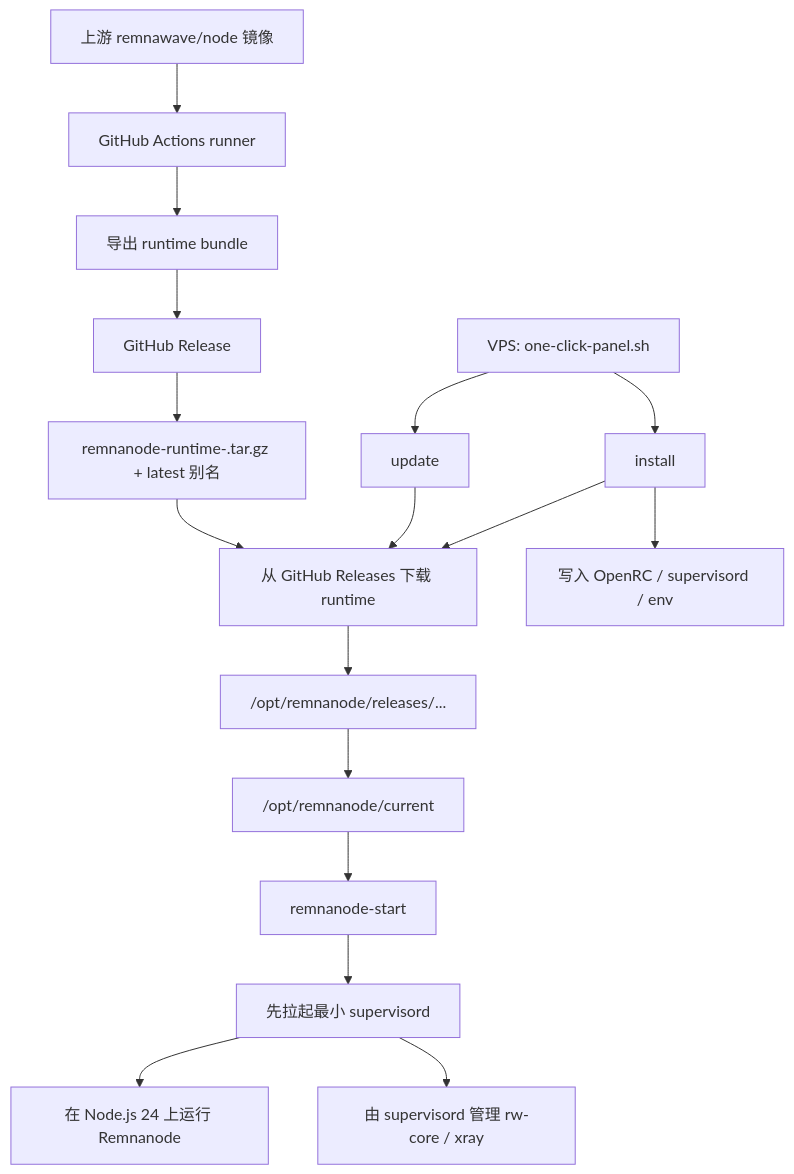
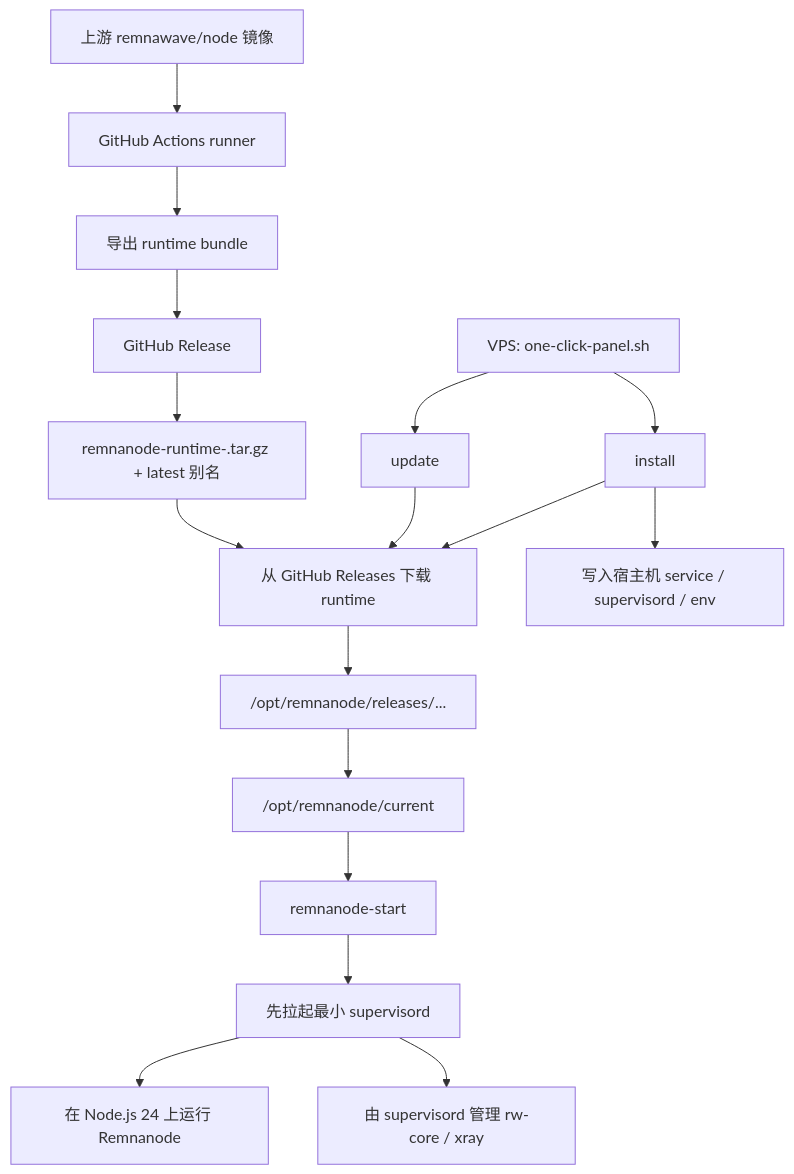
One commit to x-socks/remnanode-lite changed the diagram in README.zh-CN.md. Above: the diagram before and after it, drawn with Mermaid. The commit also changed other lines of this file and 11 other files, not shown here.

````diff
--- a/README.zh-CN.md
+++ b/README.zh-CN.md
@@ -9,23 +9,23 @@
 ```mermaid
 flowchart TB
     A["上游 remnawave/node 镜像"] --> B["GitHub Actions runner"]
     B --> C["导出 runtime bundle"]
     C --> D["GitHub Release"]
     D --> E["remnanode-runtime-<version>.tar.gz + latest 别名"]
 
     F["VPS: one-click-panel.sh"] --> G["install"]
     F --> H["update"]
 
     G --> I["从 GitHub Releases 下载 runtime"]
-    G --> J["写入 OpenRC / supervisord / env"]
+    G --> J["写入宿主机 service / supervisord / env"]
 
     H --> I
 
     E --> I
     I --> K["/opt/remnanode/releases/..."]
     K --> L["/opt/remnanode/current"]
     L --> M["remnanode-start"]
     M --> N["先拉起最小 supervisord"]
     N --> O["在 Node.js 24 上运行 Remnanode"]
     N --> P["由 supervisord 管理 rw-core / xray"]
 ```
````
